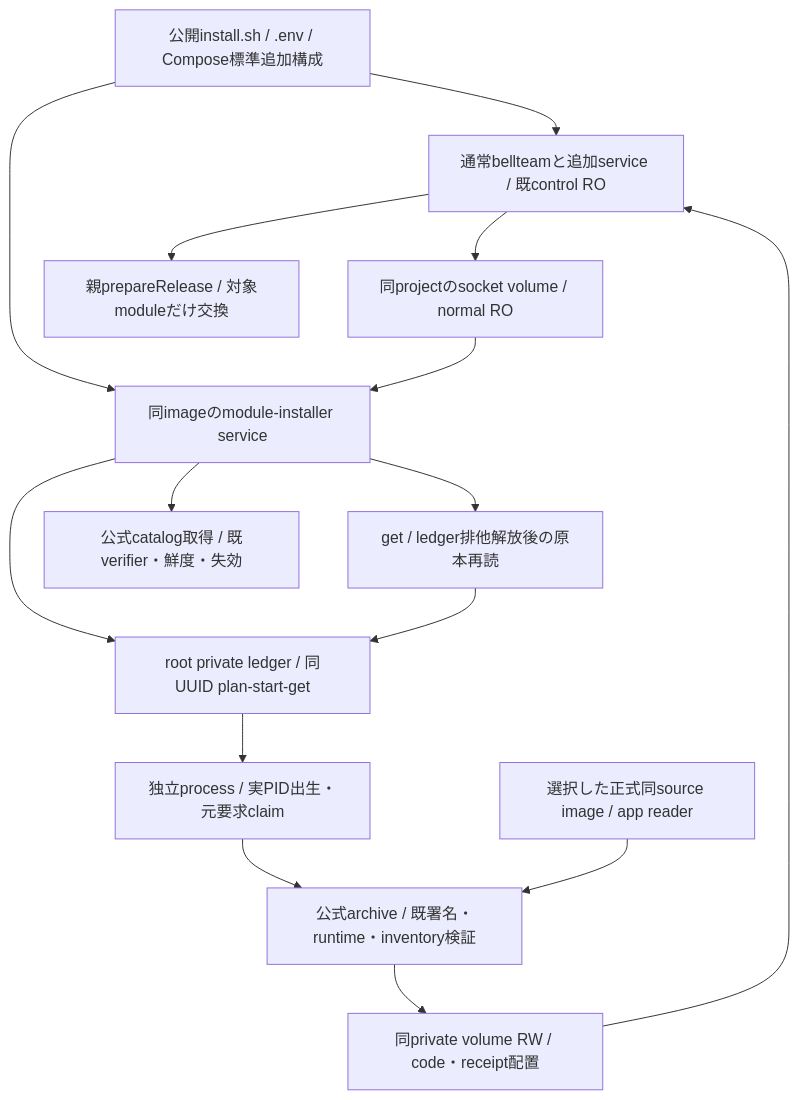
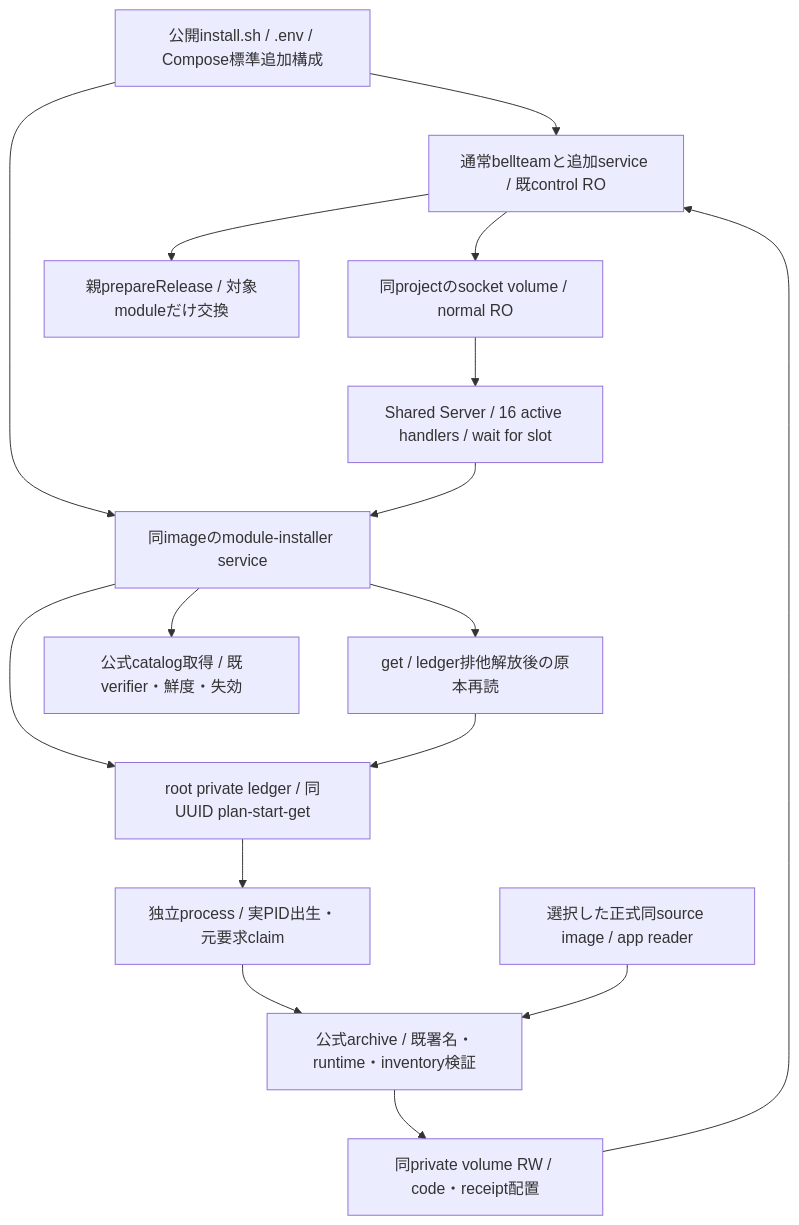
The first of 3 diagrams in docs/architecture/modules/runtime/module-installer.md (kitepon/BellTeam), drawn with Mermaid before and after one commit. The commit also changed other lines of this file and 3 other files, not shown here.

Commit message:
fix(runtime): wait for updater socket handler capacity

````diff
--- a/docs/architecture/modules/runtime/module-installer.md
+++ b/docs/architecture/modules/runtime/module-installer.md
@@ -7,17 +7,18 @@
 ```mermaid
 flowchart TD
   Install[公開install.sh / .env / Compose標準追加構成] --> Normal[通常bellteamと追加service / 既control RO]
   Install --> Backend[同imageのmodule-installer service]
   Normal --> Socket[同projectのsocket volume / normal RO]
-  Socket --> Backend
+  Socket --> Capacity[Shared Server / 16 active handlers / wait for slot]
+  Capacity --> Backend
   Backend --> Ledger[root private ledger / 同UUID plan-start-get]
   Backend --> Get[get / ledger排他解放後の原本再読]
   Get --> Ledger
   Backend --> Catalog[公式catalog取得 / 既verifier・鮮度・失効]
   Ledger --> Worker[独立process / 実PID出生・元要求claim]
   Worker --> Verify[公式archive / 既署名・runtime・inventory検証]
   Image[選択した正式同source image / app reader] --> Verify
   Verify --> Store[同private volume RW / code・receipt配置]
   Store --> Normal
   Normal --> Exchange[親prepareRelease / 対象moduleだけ交換]
 ```
````
